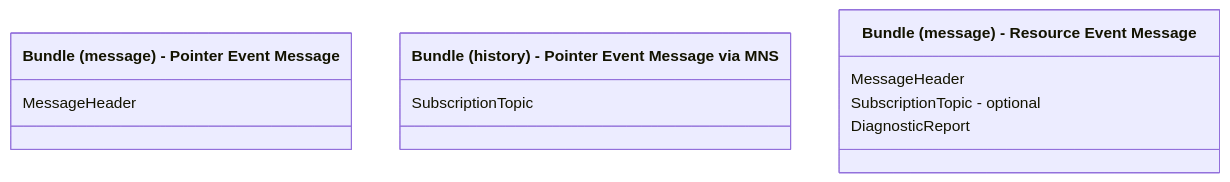
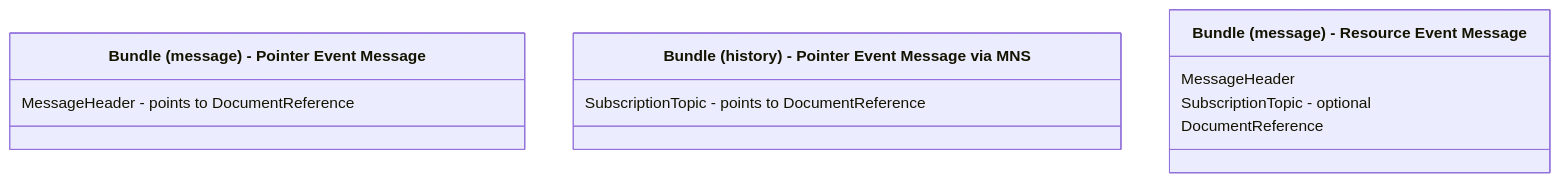
The tenth of 13 diagrams in input/pagecontent/exchange.md (nw-gmsa/nw-gmsa.github.com), drawn with Mermaid before and after one commit. The commit also changed other lines of this file, not shown here.

Commit message:
mermaid typo

````diff
--- a/input/pagecontent/exchange.md
+++ b/input/pagecontent/exchange.md
@@ -224,16 +233,16 @@
 ```mermaid
 classDiagram
     class Bundle1["Bundle (message) - Pointer Event Message" ] {
-        MessageHeader
+        MessageHeader - points to DocumentReference 
     }
     
     class Bundle2["Bundle (history) - Pointer Event Message via MNS" ] {
-        SubscriptionTopic 
+        SubscriptionTopic - points to DocumentReference
     }
 
     class Bundle3["Bundle (message) - Resource Event Message" ] {
         MessageHeader 
         SubscriptionTopic - optional
-        DiagnosticReport 
+        DocumentReference
     }
 ```
````
